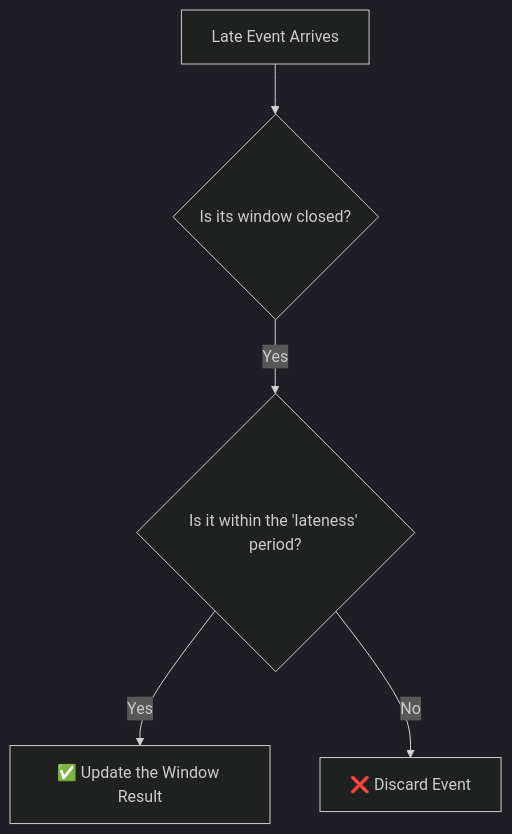
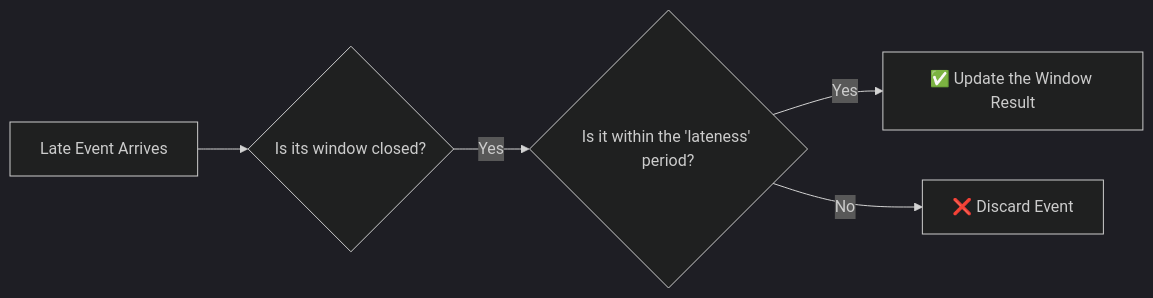
The fourth of 7 diagrams in stream_adtech.md (susmitpy/talks), drawn with Mermaid (dark theme) before and after one commit. The commit also changed other lines of this file and 1 other file, not shown here.

````diff
--- a/stream_adtech.md
+++ b/stream_adtech.md
@@ -387,7 +511,7 @@
 ```mermaid
-graph TD
+graph LR
     A[Late Event Arrives] --> B{Is its window closed?};
     B -- Yes --> C{Is it within the 'lateness' period?};
     C -- Yes --> D[✅ Update the Window Result];
     C -- No --> E[❌ Discard Event];
 ```
````
